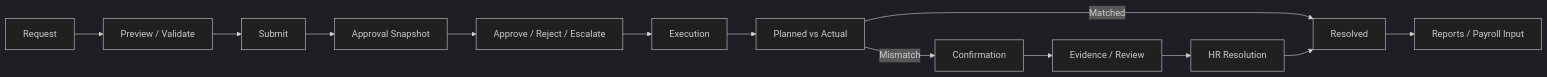
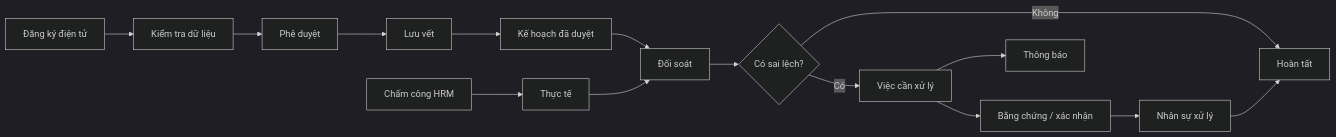
Before and after one commit to Nang0559/Reggister: the second of 15 diagrams in MÔ HÌNH/DOCUMENTATION/07_PRESENTATION.md, drawn with Mermaid (dark theme). The commit also changed other lines of this file and 256 other files, not shown here.

````diff
--- a/MÔ HÌNH/DOCUMENTATION/07_PRESENTATION.md
+++ b/MÔ HÌNH/DOCUMENTATION/07_PRESENTATION.md
@@ -68,15 +142,17 @@
 ```mermaid
 flowchart LR
-    R[Request] --> P[Preview / Validate]
-    P --> S[Submit]
-    S --> A[Approval Snapshot]
-    A --> AP[Approve / Reject / Escalate]
-    AP --> X[Execution]
-    X --> RA[Planned vs Actual]
-    RA -->|Matched| RES[Resolved]
-    RA -->|Mismatch| CO[Confirmation]
-    CO --> EV[Evidence / Review]
-    EV --> HR[HR Resolution]
-    HR --> RES
-    RES --> REP[Reports / Payroll Input]
+    A[Đăng ký điện tử] --> B[Kiểm tra dữ liệu]
+    B --> C[Phê duyệt]
+    C --> D[Lưu vết]
+    D --> E[Kế hoạch đã duyệt]
+    H[Chấm công HRM] --> F[Thực tế]
+    E --> G[Đối soát]
+    F --> G
+    G --> I{Có sai lệch?}
+    I -->|Không| J[Hoàn tất]
+    I -->|Có| K[Việc cần xử lý]
+    K --> L[Thông báo]
+    K --> M[Bằng chứng / xác nhận]
+    M --> N[Nhân sự xử lý]
+    N --> J
 ```
````
